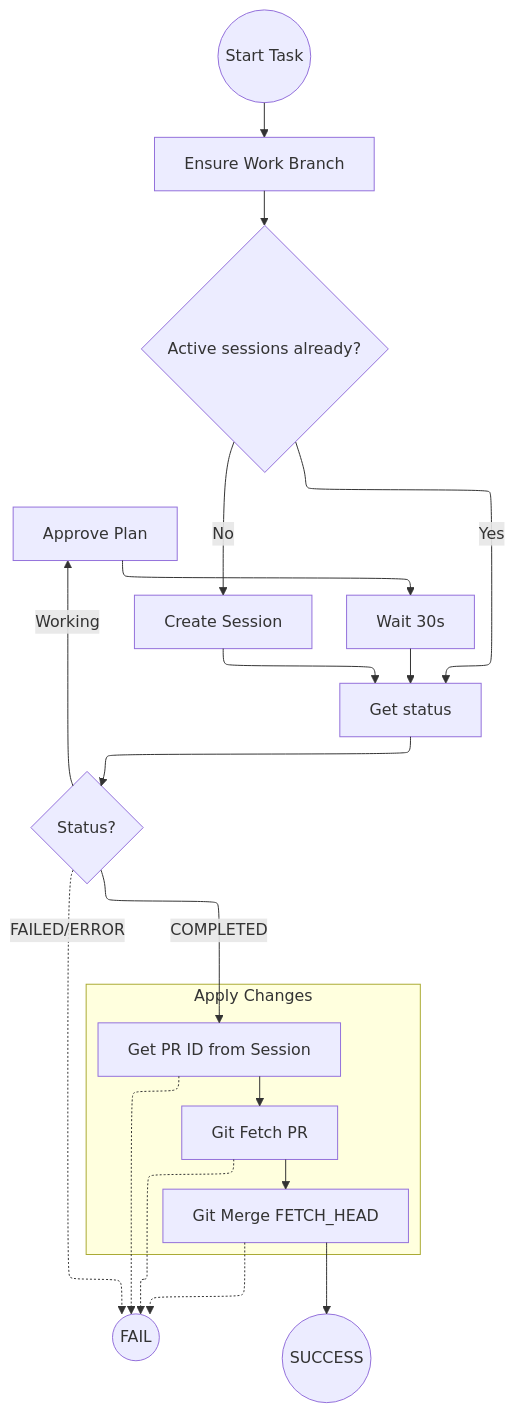
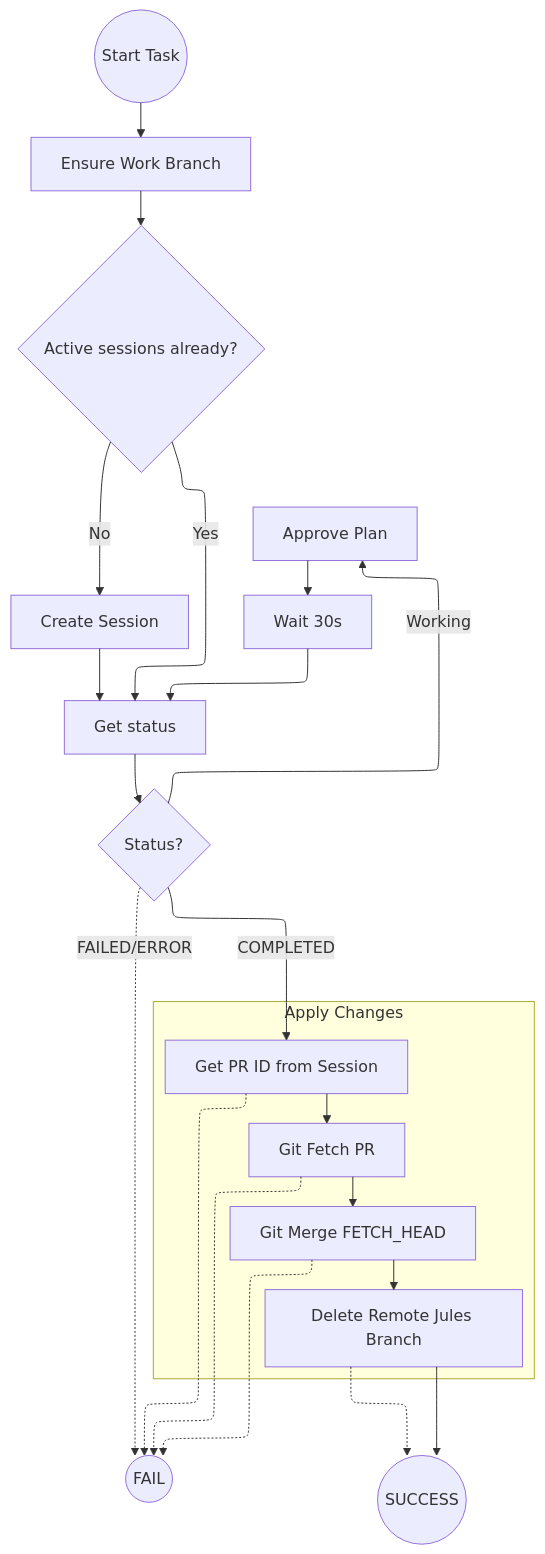
Before and after one commit to JonathanHarford/verne_durand: the second of 2 diagrams in README.md, drawn with Mermaid. The commit also changed other lines of this file, not shown here.

Commit message:
Docs: Update README with branch cleanup and atomic update details

````diff
--- a/README.md
+++ b/README.md
@@ -92,30 +93,32 @@
 ```mermaid
 ---
 config:
   layout: elk
 ---
 flowchart TD
     Entry((Start Task)) --> EnsureBranch[Ensure Work Branch]
     EnsureBranch --> CheckExisting{Active sessions already?}
 
     CheckExisting -- Yes --> Poll[Get status]
     CheckExisting -- No --> StartNew[Create Session]
     StartNew --> Poll
 
     Poll --> Status{Status?}
 
     Status -- Working --> Approve[Approve Plan]
     Approve --> Wait[Wait 30s]
     Wait --> Poll
 
     Status -. FAILED/ERROR .-> ReturnFail((FAIL))
     Status -- COMPLETED --> CheckOutputs[Get PR ID from Session]
     subgraph "Apply Changes"
       CheckOutputs --> FetchPR[Git Fetch PR]
       FetchPR --> Merge[Git Merge FETCH_HEAD]
+      Merge --> DeleteBranch[Delete Remote Jules Branch]
     end
-    Merge --> MergeSuccess((SUCCESS))
+    DeleteBranch --> MergeSuccess((SUCCESS))
     FetchPR -.-> ReturnFail
     CheckOutputs -.-> ReturnFail
     Merge -.-> ReturnFail
+    DeleteBranch -.-> MergeSuccess
 ```
````
